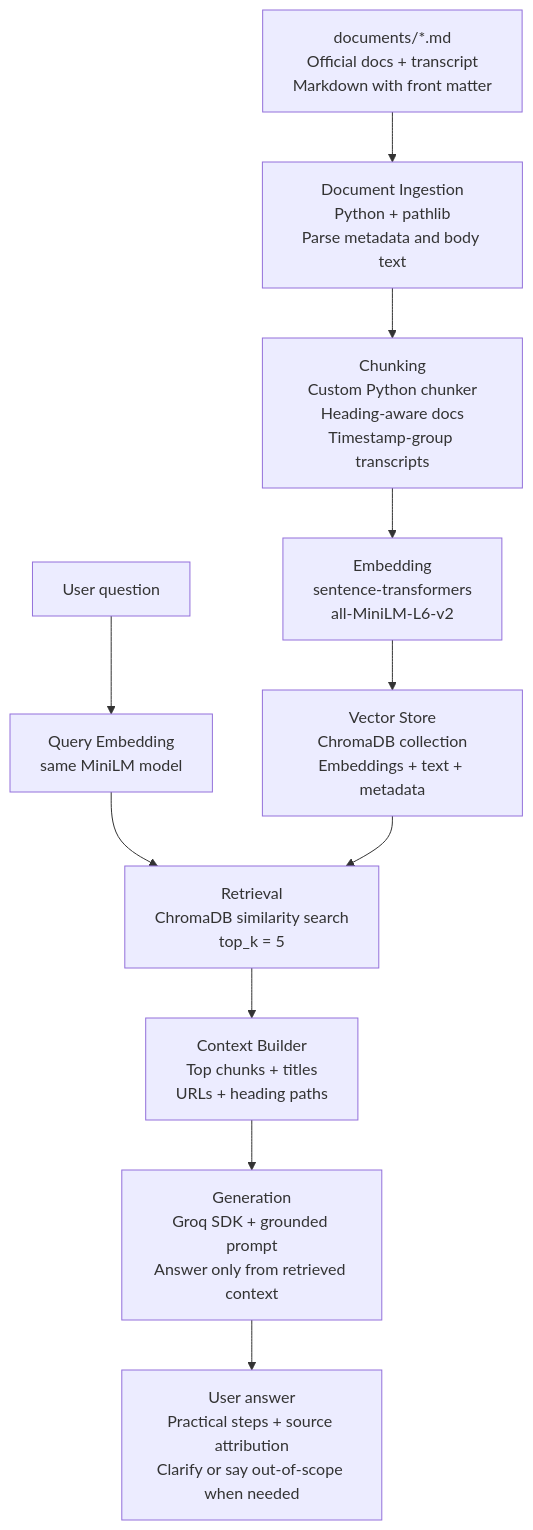
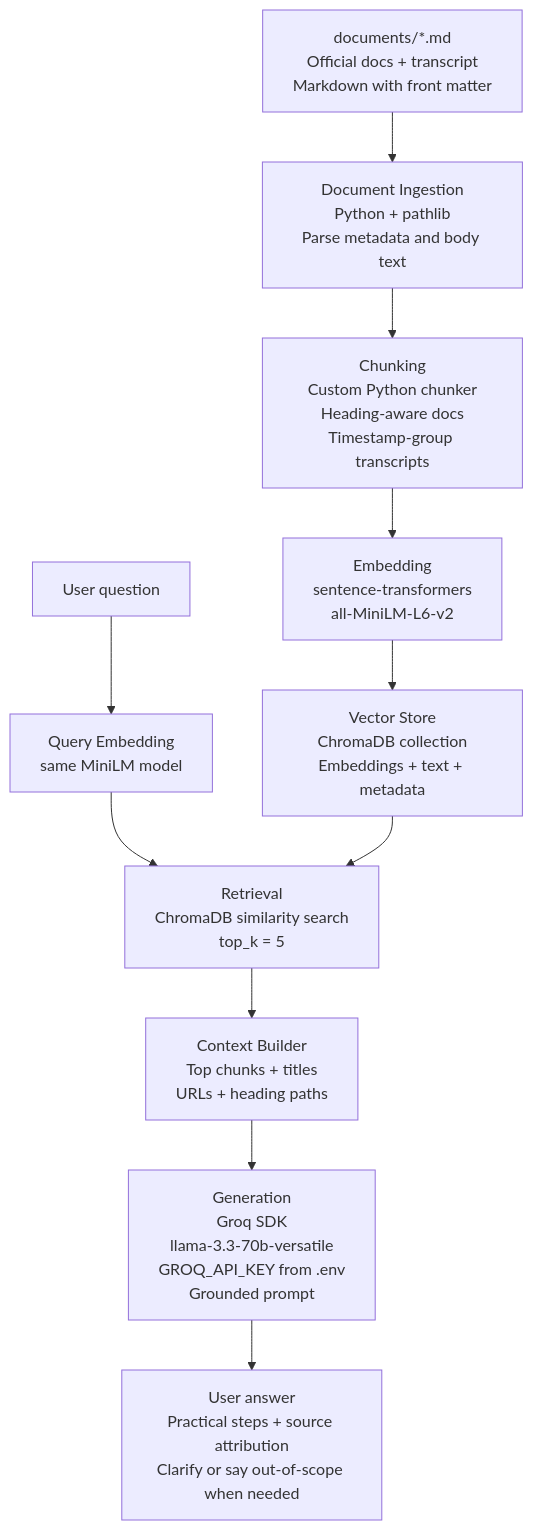
Before and after one commit to fiyinfoluwaafol/ai201-project1-unofficial-guide-starter: the diagram in docs/pipeline-architecture-analysis.md, drawn with Mermaid. The commit also changed other lines of this file and 1 other file, not shown here.

Commit message:
Document Groq generation model choice

````diff
--- a/docs/pipeline-architecture-analysis.md
+++ b/docs/pipeline-architecture-analysis.md
@@ -259,13 +267,13 @@
 ```mermaid
 flowchart TD
     A["documents/*.md<br/>Official docs + transcript<br/>Markdown with front matter"] --> B["Document Ingestion<br/>Python + pathlib<br/>Parse metadata and body text"]
     B --> C["Chunking<br/>Custom Python chunker<br/>Heading-aware docs<br/>Timestamp-group transcripts"]
     C --> D["Embedding<br/>sentence-transformers<br/>all-MiniLM-L6-v2"]
     D --> E["Vector Store<br/>ChromaDB collection<br/>Embeddings + text + metadata"]
     F["User question"] --> G["Query Embedding<br/>same MiniLM model"]
     G --> H["Retrieval<br/>ChromaDB similarity search<br/>top_k = 5"]
     E --> H
     H --> I["Context Builder<br/>Top chunks + titles<br/>URLs + heading paths"]
-    I --> J["Generation<br/>Groq SDK + grounded prompt<br/>Answer only from retrieved context"]
+    I --> J["Generation<br/>Groq SDK<br/>llama-3.3-70b-versatile<br/>GROQ_API_KEY from .env<br/>Grounded prompt"]
     J --> K["User answer<br/>Practical steps + source attribution<br/>Clarify or say out-of-scope when needed"]
 ```
````
